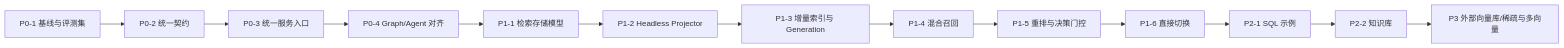
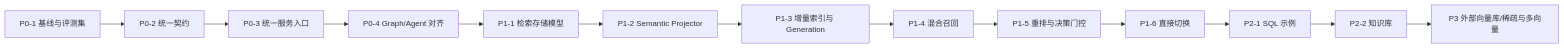
Before and after one commit to shihuaixuan/ChatBI-NEW: the diagram in backend/apps/capabilities/RETRIEVAL_PLATFORM_IMPLEMENTATION_PLAN.md, drawn with Mermaid. The commit also changed other lines of this file and 181 other files, not shown here.

````diff
--- a/backend/apps/capabilities/RETRIEVAL_PLATFORM_IMPLEMENTATION_PLAN.md
+++ b/backend/apps/capabilities/RETRIEVAL_PLATFORM_IMPLEMENTATION_PLAN.md
@@ -64,8 +64,8 @@
 ```mermaid
 flowchart LR
     P00["P0-1 基线与评测集"] --> P01["P0-2 统一契约"] --> P02["P0-3 统一服务入口"] --> P03["P0-4 Graph/Agent 对齐"]
-    P03 --> P10["P1-1 检索存储模型"] --> P11["P1-2 Headless Projector"] --> P12["P1-3 增量索引与 Generation"]
+    P03 --> P10["P1-1 检索存储模型"] --> P11["P1-2 Semantic Projector"] --> P12["P1-3 增量索引与 Generation"]
     P12 --> P13["P1-4 混合召回"] --> P14["P1-5 重排与决策门控"] --> P15["P1-6 直接切换"]
     P15 --> P20["P2-1 SQL 示例"] --> P21["P2-2 知识库"]
     P21 --> P30["P3 外部向量库/稀疏与多向量"]
 ```
````
